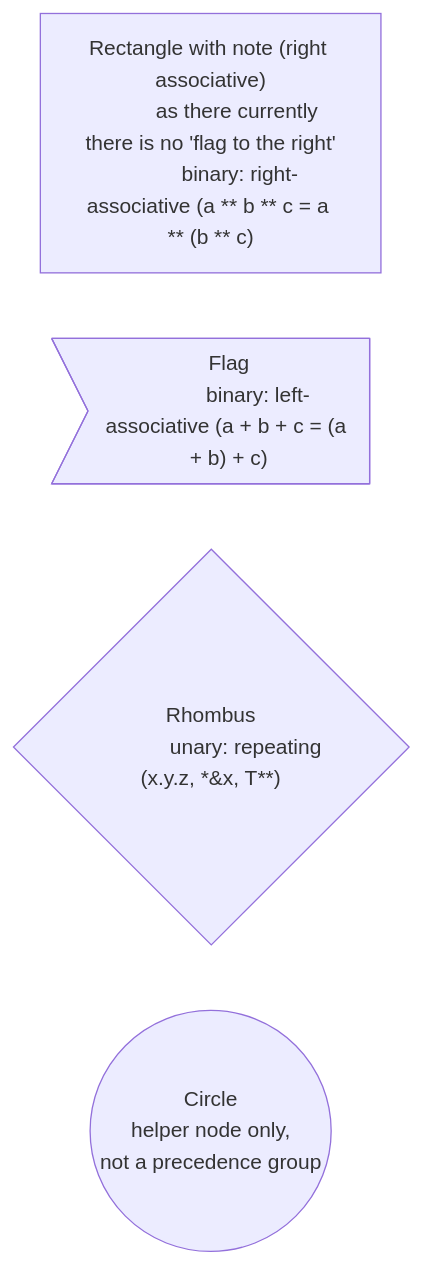
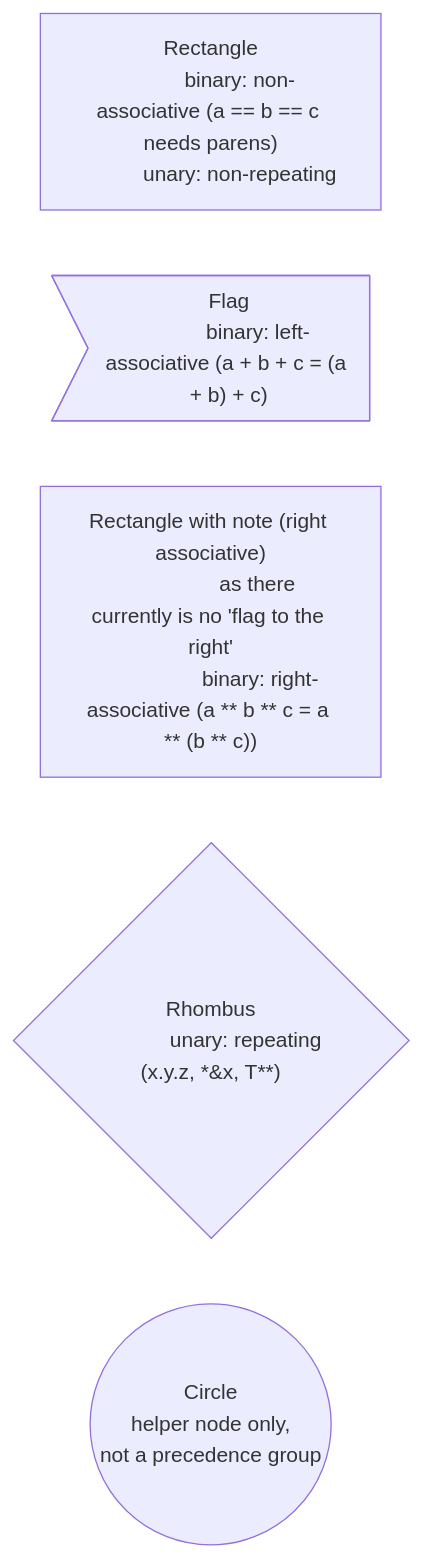
Before and after one commit to laro/Cilia: the second of 2 diagrams in 6 .../2 Unfinished Ideas.md, drawn with Mermaid.

Commit message:
Update 2 Unfinished Ideas.md

````diff
--- a/6 .../2 Unfinished Ideas.md
+++ b/6 .../2 Unfinished Ideas.md
@@ -366,17 +366,17 @@
 ```mermaid
 %%{init: {'themeVariables': {'fontFamily': 'monospace'}}}%%
 graph LR
     rect["Rectangle
           binary: non-associative (a == b == c needs parens)
           unary: non-repeating"]
-    flag>"Flag
+    flagToLeft>"Flag
           binary: left-associative (a + b + c = (a + b) + c)"]
-    rect["Rectangle with note (right associative)
-          as there currently there is no 'flag to the right'
-          binary: right-associative (a ** b ** c = a ** (b ** c)"]
+    flagToRight["Rectangle with note (right associative)
+                 as there currently is no 'flag to the right'
+                 binary: right-associative (a ** b ** c = a ** (b ** c))"]
     rhombus{"Rhombus
              unary: repeating (x.y.z, *&x, T**)"}
     circle(("Circle
             helper node only,
             not a precedence group"))
 ```
````
